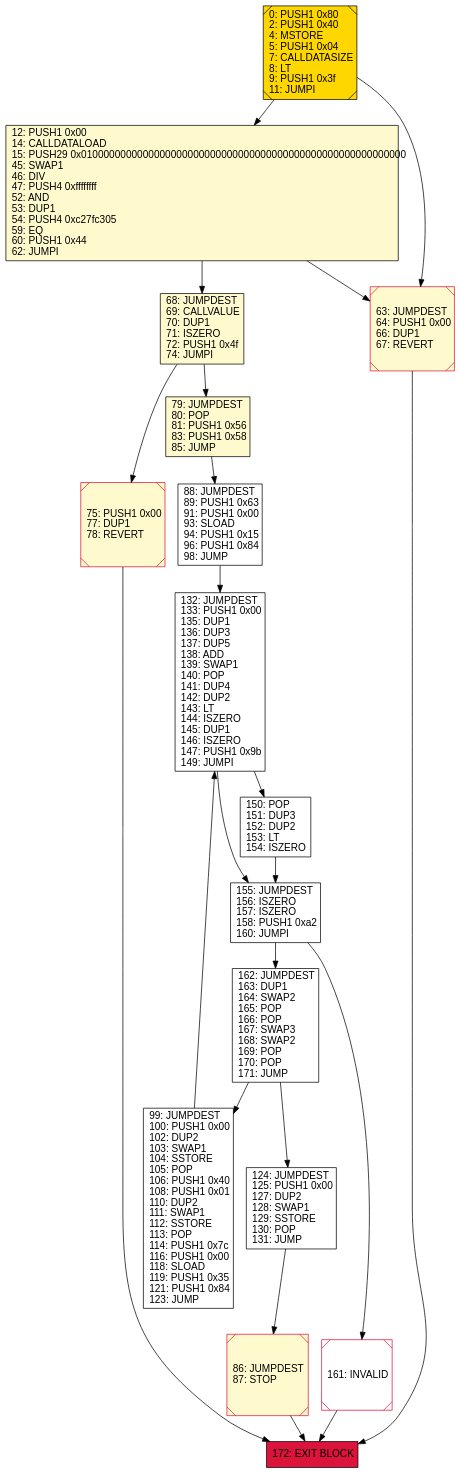
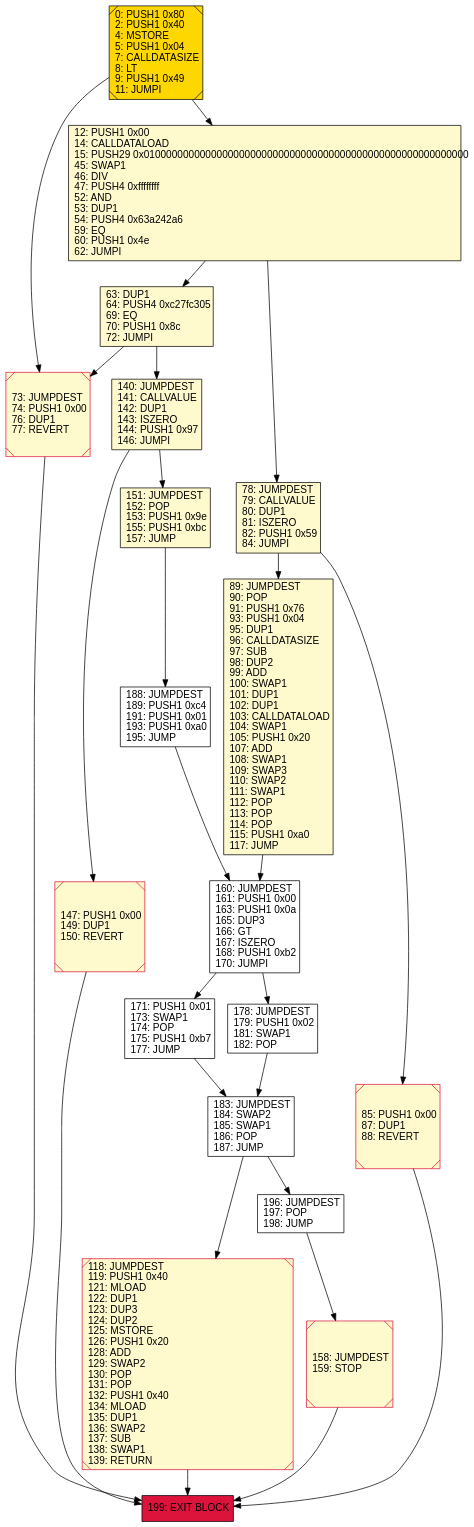
The diagram in iEvmOpt/Cfg/CfgOutput/test_cfg.gv (Michael-LiangAnze/iEvmOpt), drawn with Graphviz before and after one commit. The commit also changed 55 other files, not shown here.

```diff
--- a/iEvmOpt/Cfg/CfgOutput/test_cfg.gv
+++ b/iEvmOpt/Cfg/CfgOutput/test_cfg.gv
@@ -1,41 +1,48 @@
 digraph G {
 bgcolor=transparent rankdir=UD;
 node [shape=box style=filled color=black fillcolor=white fontname=arial fontcolor=black];
-86 [label="86: JUMPDEST\l87: STOP\l" fillcolor=lemonchiffon shape=Msquare color=crimson ];
-68 [label="68: JUMPDEST\l69: CALLVALUE\l70: DUP1\l71: ISZERO\l72: PUSH1 0x4f\l74: JUMPI\l" fillcolor=lemonchiffon ];
-124 [label="124: JUMPDEST\l125: PUSH1 0x00\l127: DUP2\l128: SWAP1\l129: SSTORE\l130: POP\l131: JUMP\l" ];
-12 [label="12: PUSH1 0x00\l14: CALLDATALOAD\l15: PUSH29 0x0100000000000000000000000000000000000000000000000000000000\l45: SWAP1\l46: DIV\l47: PUSH4 0xffffffff\l52: AND\l53: DUP1\l54: PUSH4 0xc27fc305\l59: EQ\l60: PUSH1 0x44\l62: JUMPI\l" fillcolor=lemonchiffon ];
-75 [label="75: PUSH1 0x00\l77: DUP1\l78: REVERT\l" fillcolor=lemonchiffon shape=Msquare color=crimson ];
-172 [label="172: EXIT BLOCK\l" fillcolor=crimson ];
-79 [label="79: JUMPDEST\l80: POP\l81: PUSH1 0x56\l83: PUSH1 0x58\l85: JUMP\l" fillcolor=lemonchiffon ];
-162 [label="162: JUMPDEST\l163: DUP1\l164: SWAP2\l165: POP\l166: POP\l167: SWAP3\l168: SWAP2\l169: POP\l170: POP\l171: JUMP\l" ];
-0 [label="0: PUSH1 0x80\l2: PUSH1 0x40\l4: MSTORE\l5: PUSH1 0x04\l7: CALLDATASIZE\l8: LT\l9: PUSH1 0x3f\l11: JUMPI\l" fillcolor=lemonchiffon shape=Msquare fillcolor=gold ];
-155 [label="155: JUMPDEST\l156: ISZERO\l157: ISZERO\l158: PUSH1 0xa2\l160: JUMPI\l" ];
-99 [label="99: JUMPDEST\l100: PUSH1 0x00\l102: DUP2\l103: SWAP1\l104: SSTORE\l105: POP\l106: PUSH1 0x40\l108: PUSH1 0x01\l110: DUP2\l111: SWAP1\l112: SSTORE\l113: POP\l114: PUSH1 0x7c\l116: PUSH1 0x00\l118: SLOAD\l119: PUSH1 0x35\l121: PUSH1 0x84\l123: JUMP\l" ];
-63 [label="63: JUMPDEST\l64: PUSH1 0x00\l66: DUP1\l67: REVERT\l" fillcolor=lemonchiffon shape=Msquare color=crimson ];
-88 [label="88: JUMPDEST\l89: PUSH1 0x63\l91: PUSH1 0x00\l93: SLOAD\l94: PUSH1 0x15\l96: PUSH1 0x84\l98: JUMP\l" ];
-132 [label="132: JUMPDEST\l133: PUSH1 0x00\l135: DUP1\l136: DUP3\l137: DUP5\l138: ADD\l139: SWAP1\l140: POP\l141: DUP4\l142: DUP2\l143: LT\l144: ISZERO\l145: DUP1\l146: ISZERO\l147: PUSH1 0x9b\l149: JUMPI\l" ];
-150 [label="150: POP\l151: DUP3\l152: DUP2\l153: LT\l154: ISZERO\l" ];
-161 [label="161: INVALID\l" shape=Msquare color=crimson ];
-88 -> 132;
-132 -> 150;
-124 -> 86;
-75 -> 172;
-162 -> 124;
-0 -> 63;
-68 -> 79;
-12 -> 68;
-132 -> 155;
-150 -> 155;
-68 -> 75;
-86 -> 172;
-99 -> 132;
-155 -> 161;
+151 [label="151: JUMPDEST\l152: POP\l153: PUSH1 0x9e\l155: PUSH1 0xbc\l157: JUMP\l" fillcolor=lemonchiffon ];
+196 [label="196: JUMPDEST\l197: POP\l198: JUMP\l" ];
+188 [label="188: JUMPDEST\l189: PUSH1 0xc4\l191: PUSH1 0x01\l193: PUSH1 0xa0\l195: JUMP\l" ];
+0 [label="0: PUSH1 0x80\l2: PUSH1 0x40\l4: MSTORE\l5: PUSH1 0x04\l7: CALLDATASIZE\l8: LT\l9: PUSH1 0x49\l11: JUMPI\l" fillcolor=lemonchiffon shape=Msquare fillcolor=gold ];
+118 [label="118: JUMPDEST\l119: PUSH1 0x40\l121: MLOAD\l122: DUP1\l123: DUP3\l124: DUP2\l125: MSTORE\l126: PUSH1 0x20\l128: ADD\l129: SWAP2\l130: POP\l131: POP\l132: PUSH1 0x40\l134: MLOAD\l135: DUP1\l136: SWAP2\l137: SUB\l138: SWAP1\l139: RETURN\l" fillcolor=lemonchiffon shape=Msquare color=crimson ];
+63 [label="63: DUP1\l64: PUSH4 0xc27fc305\l69: EQ\l70: PUSH1 0x8c\l72: JUMPI\l" fillcolor=lemonchiffon ];
+199 [label="199: EXIT BLOCK\l" fillcolor=crimson ];
+171 [label="171: PUSH1 0x01\l173: SWAP1\l174: POP\l175: PUSH1 0xb7\l177: JUMP\l" ];
+160 [label="160: JUMPDEST\l161: PUSH1 0x00\l163: PUSH1 0x0a\l165: DUP3\l166: GT\l167: ISZERO\l168: PUSH1 0xb2\l170: JUMPI\l" ];
+158 [label="158: JUMPDEST\l159: STOP\l" fillcolor=lemonchiffon shape=Msquare color=crimson ];
+73 [label="73: JUMPDEST\l74: PUSH1 0x00\l76: DUP1\l77: REVERT\l" fillcolor=lemonchiffon shape=Msquare color=crimson ];
+140 [label="140: JUMPDEST\l141: CALLVALUE\l142: DUP1\l143: ISZERO\l144: PUSH1 0x97\l146: JUMPI\l" fillcolor=lemonchiffon ];
+147 [label="147: PUSH1 0x00\l149: DUP1\l150: REVERT\l" fillcolor=lemonchiffon shape=Msquare color=crimson ];
+78 [label="78: JUMPDEST\l79: CALLVALUE\l80: DUP1\l81: ISZERO\l82: PUSH1 0x59\l84: JUMPI\l" fillcolor=lemonchiffon ];
+183 [label="183: JUMPDEST\l184: SWAP2\l185: SWAP1\l186: POP\l187: JUMP\l" ];
+85 [label="85: PUSH1 0x00\l87: DUP1\l88: REVERT\l" fillcolor=lemonchiffon shape=Msquare color=crimson ];
+12 [label="12: PUSH1 0x00\l14: CALLDATALOAD\l15: PUSH29 0x0100000000000000000000000000000000000000000000000000000000\l45: SWAP1\l46: DIV\l47: PUSH4 0xffffffff\l52: AND\l53: DUP1\l54: PUSH4 0x63a242a6\l59: EQ\l60: PUSH1 0x4e\l62: JUMPI\l" fillcolor=lemonchiffon ];
+178 [label="178: JUMPDEST\l179: PUSH1 0x02\l181: SWAP1\l182: POP\l" ];
+89 [label="89: JUMPDEST\l90: POP\l91: PUSH1 0x76\l93: PUSH1 0x04\l95: DUP1\l96: CALLDATASIZE\l97: SUB\l98: DUP2\l99: ADD\l100: SWAP1\l101: DUP1\l102: DUP1\l103: CALLDATALOAD\l104: SWAP1\l105: PUSH1 0x20\l107: ADD\l108: SWAP1\l109: SWAP3\l110: SWAP2\l111: SWAP1\l112: POP\l113: POP\l114: POP\l115: PUSH1 0xa0\l117: JUMP\l" fillcolor=lemonchiffon ];
+160 -> 171;
+118 -> 199;
+140 -> 147;
+78 -> 85;
+73 -> 199;
+158 -> 199;
+78 -> 89;
+178 -> 183;
+140 -> 151;
+89 -> 160;
+63 -> 140;
+183 -> 118;
+151 -> 188;
+0 -> 73;
+196 -> 158;
+12 -> 78;
+63 -> 73;
+188 -> 160;
+183 -> 196;
+85 -> 199;
+147 -> 199;
+160 -> 178;
+171 -> 183;
+0 -> 12;
 12 -> 63;
-79 -> 88;
-161 -> 172;
-63 -> 172;
-0 -> 12;
-162 -> 99;
-155 -> 162;
 }
```
